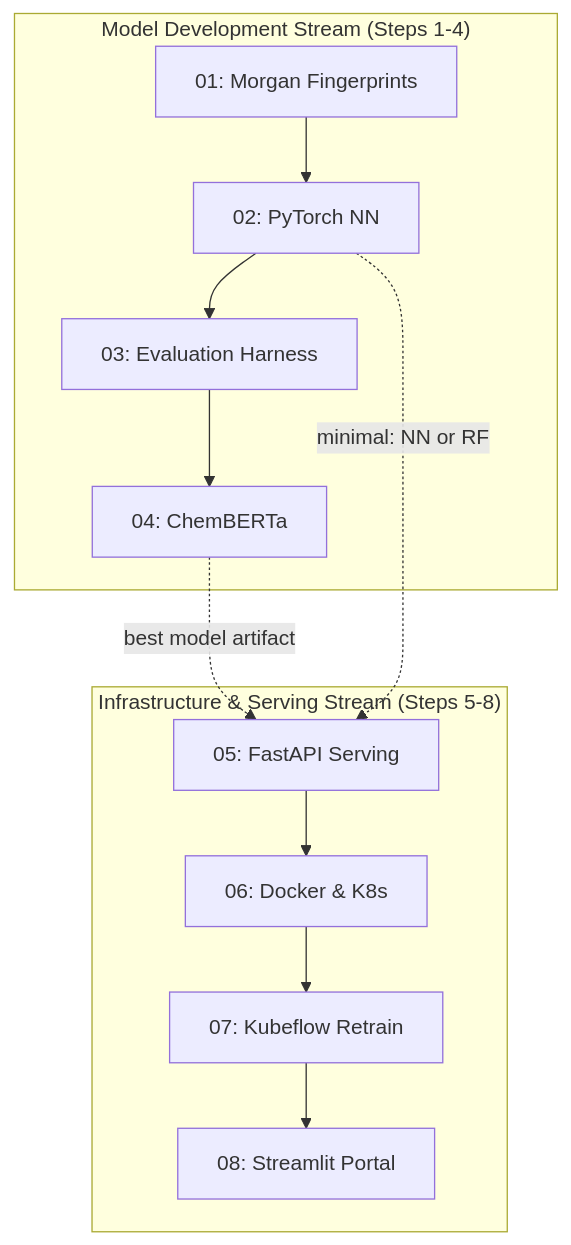
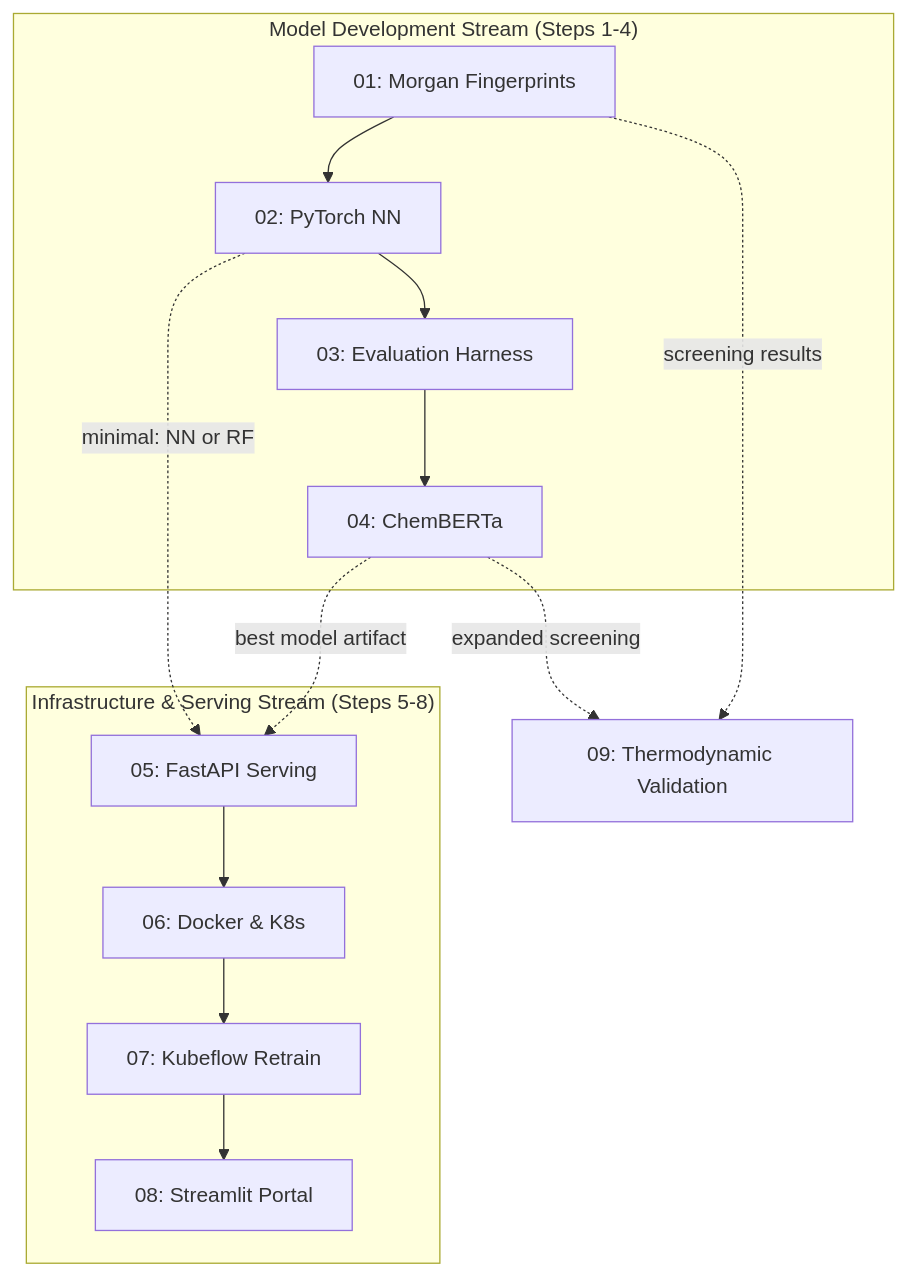
One commit to andylitalo/pcsaft-ml changed the diagram in docs/steps/step_dependencies.md. Above: the diagram before and after it, drawn with Mermaid. The commit also changed other lines of this file and 8 other files, not shown here.

First line of the commit message:
step 09: add thermodynamic validation guide (EOS closure via teqp)

````diff
--- a/docs/steps/step_dependencies.md
+++ b/docs/steps/step_dependencies.md
@@ -9,27 +9,31 @@
 ```mermaid
 flowchart TD
     subgraph model_stream["Model Development Stream (Steps 1-4)"]
         S1[01: Morgan Fingerprints]
         S2[02: PyTorch NN]
         S3[03: Evaluation Harness]
         S4[04: ChemBERTa]
         
         S1 --> S2
         S2 --> S3
         S3 --> S4
     end
     
     subgraph infra_stream["Infrastructure & Serving Stream (Steps 5-8)"]
         S5[05: FastAPI Serving]
         S6[06: Docker & K8s]
         S7[07: Kubeflow Retrain]
         S8[08: Streamlit Portal]
         
         S5 --> S6
         S6 --> S7
         S7 --> S8
     end
     
+    S9[09: Thermodynamic Validation]
+    
     S4 -.->|"best model artifact"| S5
     S2 -.->|"minimal: NN or RF"| S5
+    S1 -.->|"screening results"| S9
+    S4 -.->|"expanded screening"| S9
 ```
````
